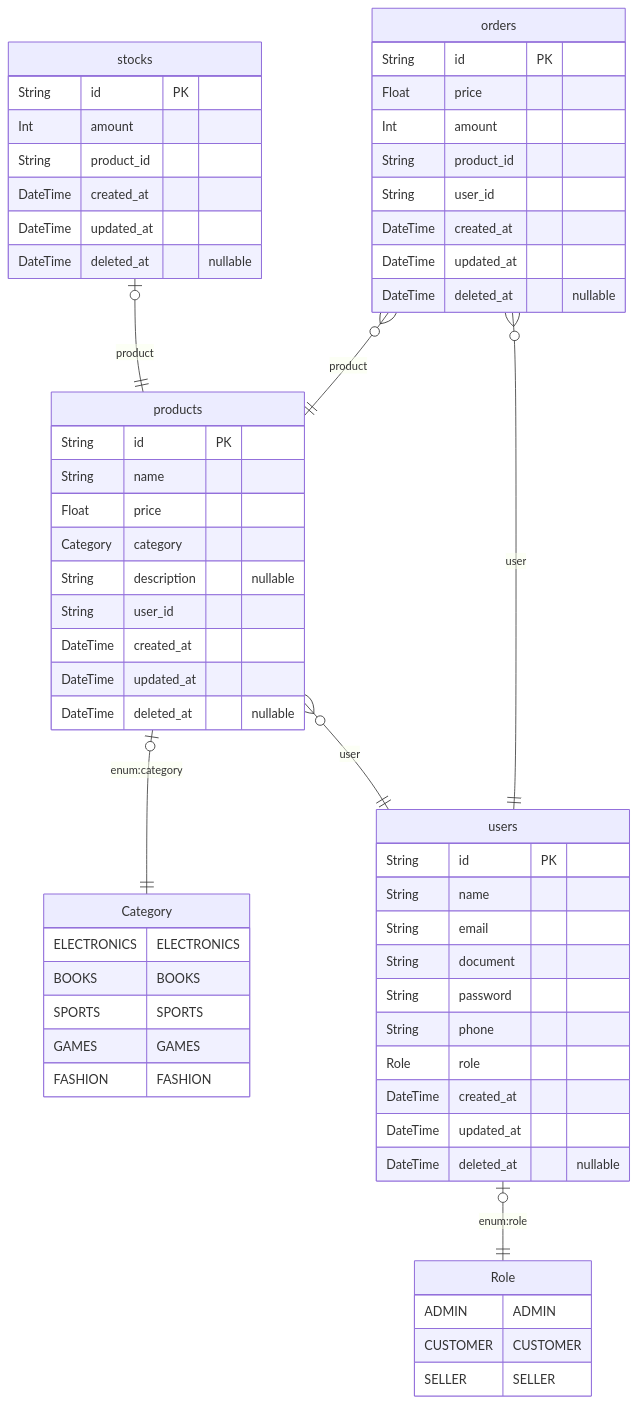
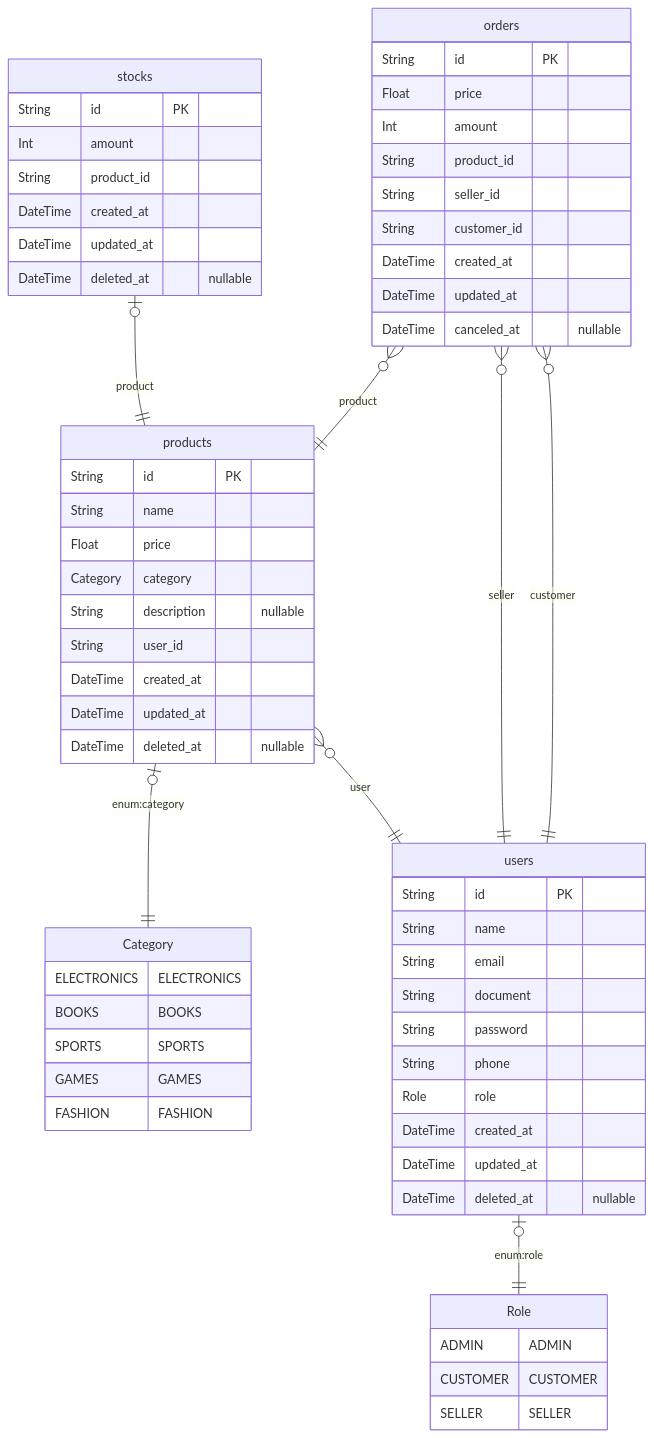
One commit to ThiagoRDS-042/graphql-simple-api changed the diagram in src/docs/diagrams/diagram_erd.md. Above: the diagram before and after it, drawn with Mermaid. The commit also changed 26 other files, not shown here.

````diff
--- a/src/docs/diagrams/diagram_erd.md
+++ b/src/docs/diagrams/diagram_erd.md
@@ -1,74 +1,76 @@
 ```mermaid
 erDiagram
 
         Role {
             ADMIN ADMIN
 CUSTOMER CUSTOMER
 SELLER SELLER
         }
     
 
 
         Category {
             ELECTRONICS ELECTRONICS
 BOOKS BOOKS
 SPORTS SPORTS
 GAMES GAMES
 FASHION FASHION
         }
     
   users {
     String id PK 
     String name  
     String email  
     String document  
     String password  
     String phone  
     Role role  
     DateTime created_at  
     DateTime updated_at  
     DateTime deleted_at  "nullable"
     }
   
 
   products {
     String id PK 
     String name  
     Float price  
     Category category  
     String description  "nullable"
     String user_id  
     DateTime created_at  
     DateTime updated_at  
     DateTime deleted_at  "nullable"
     }
   
 
   stocks {
     String id PK 
     Int amount  
     String product_id  
     DateTime created_at  
     DateTime updated_at  
     DateTime deleted_at  "nullable"
     }
   
 
   orders {
     String id PK 
     Float price  
     Int amount  
     String product_id  
-    String user_id  
+    String seller_id  
+    String customer_id  
     DateTime created_at  
     DateTime updated_at  
-    DateTime deleted_at  "nullable"
+    DateTime canceled_at  "nullable"
     }
   
     users o|--|| Role : "enum:role"
     products o|--|| Category : "enum:category"
     products o{--|| users : "user"
     stocks o|--|| products : "product"
     orders o{--|| products : "product"
-    orders o{--|| users : "user"
+    orders o{--|| users : "seller"
+    orders o{--|| users : "customer"
 ```
````
